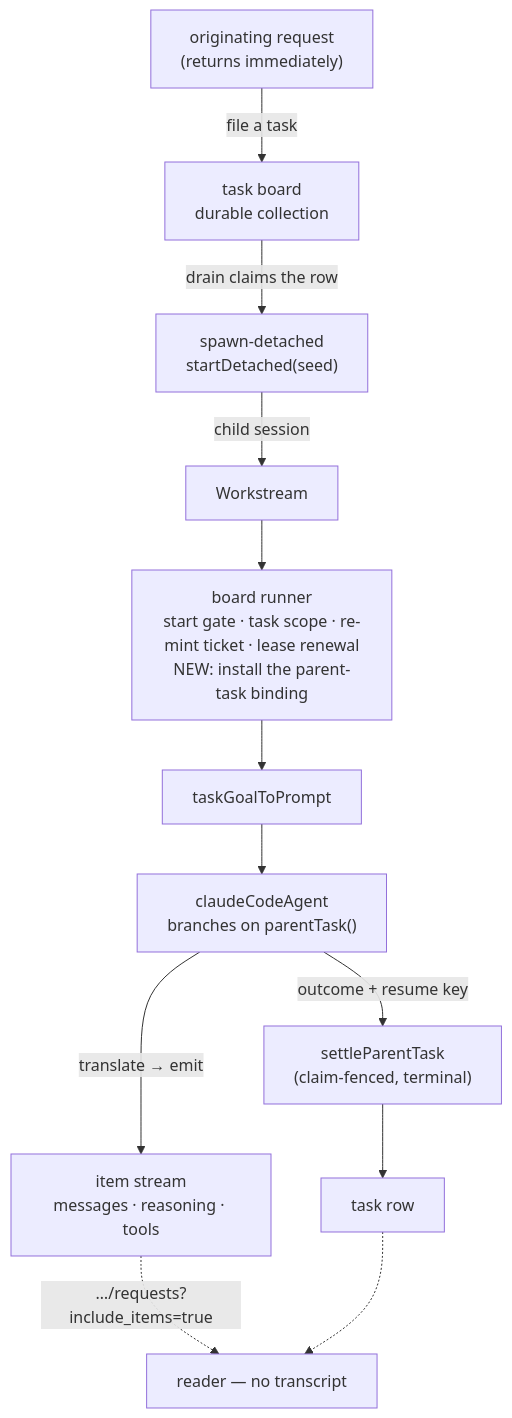
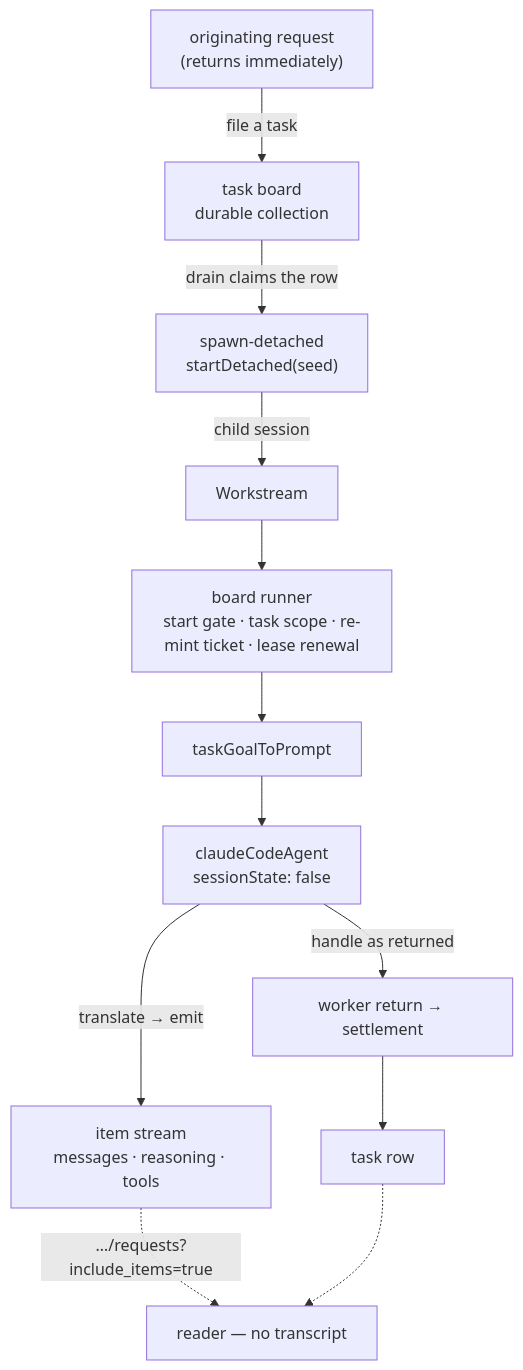
One commit to fixpoint-labs/flow-state-dev changed the diagram in spec/LAB-133.md. Above: the diagram before and after it, drawn with Mermaid. The commit also changed other lines of this file, not shown here.

````diff
--- a/spec/LAB-133.md
+++ b/spec/LAB-133.md
@@ -203,14 +191,14 @@
 ```mermaid
 flowchart TD
   R["originating request<br/>(returns immediately)"] -->|"file a task"| B["task board<br/>durable collection"]
   B -->|"drain claims the row"| S["spawn-detached<br/>startDetached(seed)"]
   S -->|"child session"| W["Workstream"]
-  W --> G["board runner<br/>start gate · task scope · re-mint ticket · lease renewal<br/>NEW: install the parent-task binding"]
+  W --> G["board runner<br/>start gate · task scope · re-mint ticket · lease renewal"]
   G --> P["taskGoalToPrompt"]
-  P --> A["claudeCodeAgent<br/>branches on parentTask()"]
+  P --> A["claudeCodeAgent<br/>sessionState: false"]
   A -->|"translate → emit"| I["item stream<br/>messages · reasoning · tools"]
-  A -->|"outcome + resume key"| T["settleParentTask<br/>(claim-fenced, terminal)"]
+  A -->|"handle as returned"| T["worker return → settlement"]
   T --> TR["task row"]
   I -.->|"…/requests?include_items=true"| RD["reader — no transcript"]
   TR -.-> RD
 ```
````
